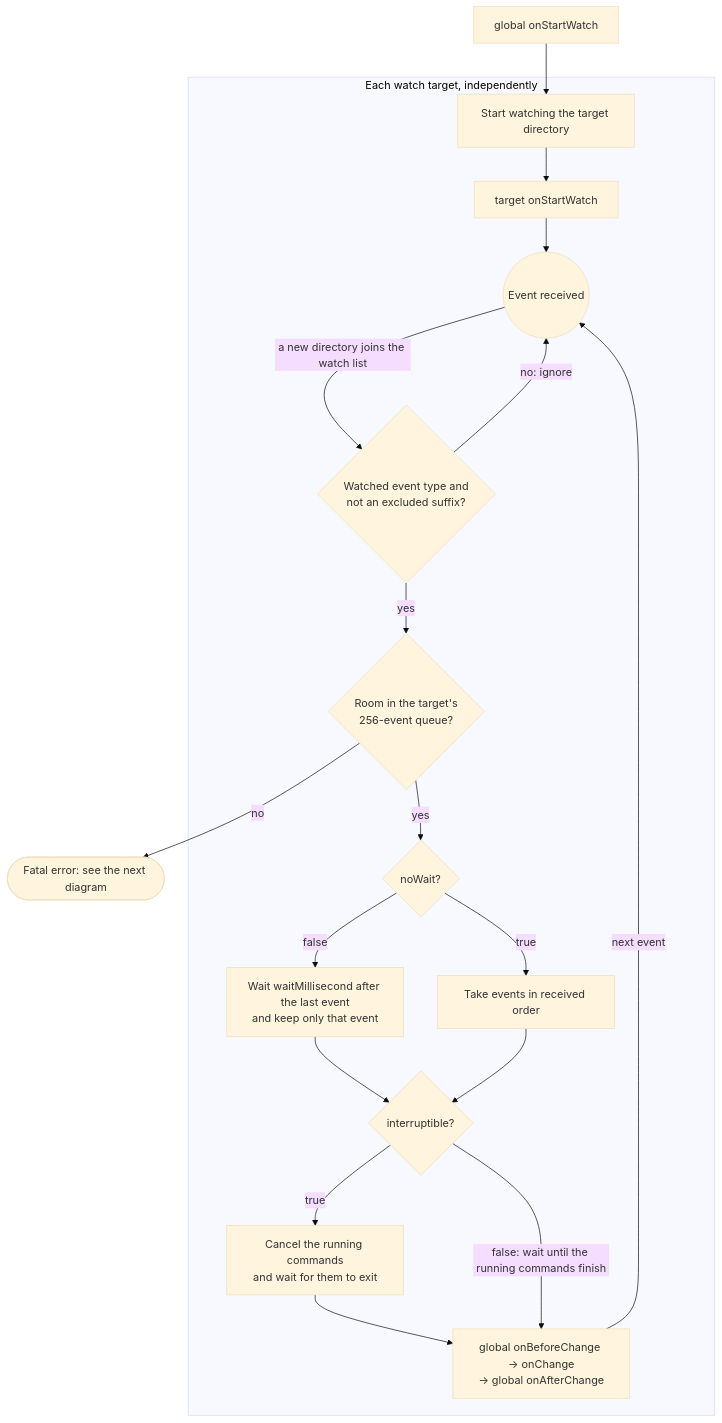
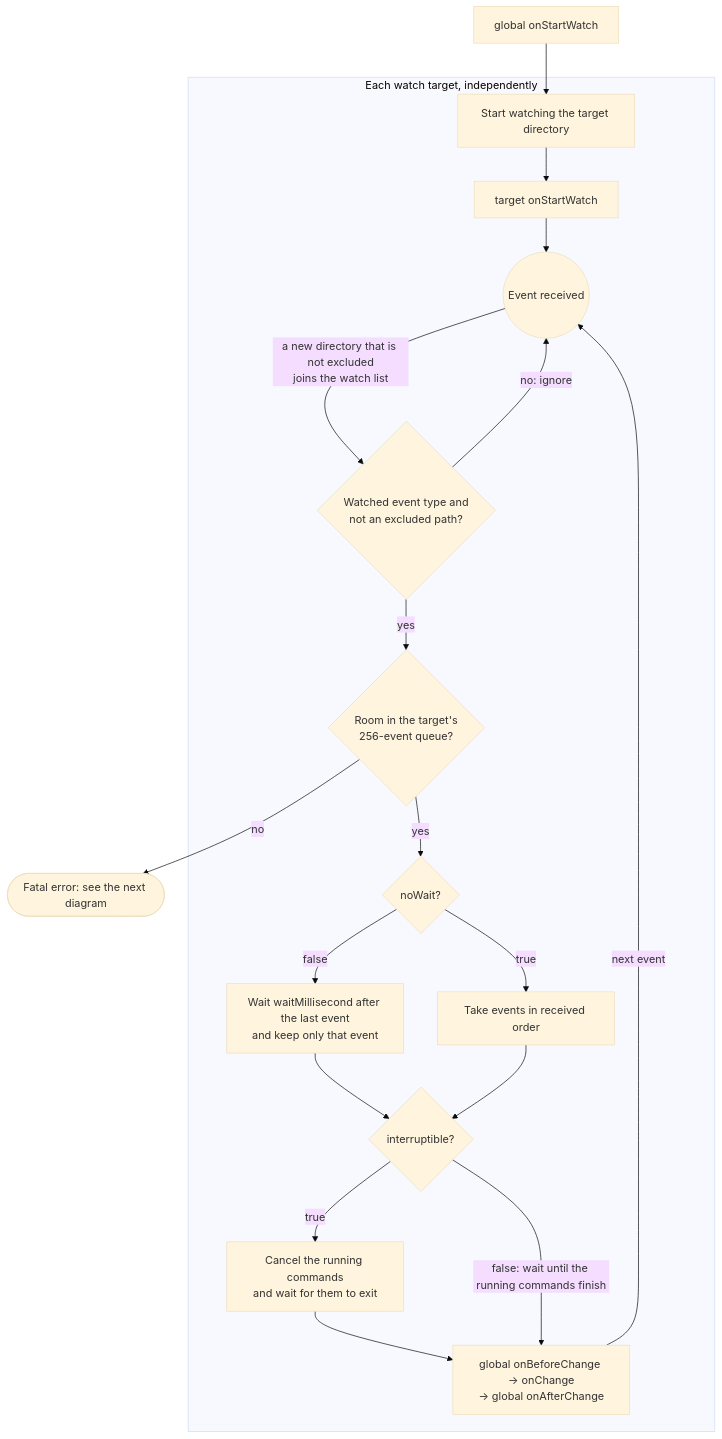
Before and after one commit to seungyeop-lee/directory-watcher: the first of 2 diagrams in README.md, drawn with Mermaid (base theme). The commit also changed other lines of this file and 47 other files, not shown here.

````diff
--- a/README.md
+++ b/README.md
@@ -136,35 +137,35 @@
 ```mermaid
 flowchart TD
     globalStart["global onStartWatch"]
     subgraph eachTarget["Each watch target, independently"]
         watchDirs["Start watching the target directory"]
         targetStart["target onStartWatch"]
         receiveEvent(("Event received"))
-        filterEvent{"Watched event type and<br>not an excluded suffix?"}
+        filterEvent{"Watched event type and<br>not an excluded path?"}
         queueEvent{"Room in the target's<br>256-event queue?"}
         modeChoice{"noWait?"}
         debounceWait["Wait waitMillisecond after the last event<br>and keep only that event"]
         orderedRun["Take events in received order"]
         interruptChoice{"interruptible?"}
         cancelPrevious["Cancel the running commands<br>and wait for them to exit"]
         runChange["global onBeforeChange → onChange<br>→ global onAfterChange"]
     end
     fatalStop(["Fatal error: see the next diagram"])
 
     globalStart --> watchDirs
     watchDirs --> targetStart
     targetStart --> receiveEvent
-    receiveEvent -->|"a new directory joins the watch list"| filterEvent
+    receiveEvent -->|"a new directory that is not excluded<br>joins the watch list"| filterEvent
     filterEvent -->|"no: ignore"| receiveEvent
     filterEvent -->|"yes"| queueEvent
     queueEvent -->|"no"| fatalStop
     queueEvent -->|"yes"| modeChoice
     modeChoice -->|"false"| debounceWait
     modeChoice -->|"true"| orderedRun
     debounceWait --> interruptChoice
     orderedRun --> interruptChoice
     interruptChoice -->|"true"| cancelPrevious
     interruptChoice -->|"false: wait until the running commands finish"| runChange
     cancelPrevious --> runChange
     runChange -->|"next event"| receiveEvent
 ```
````
